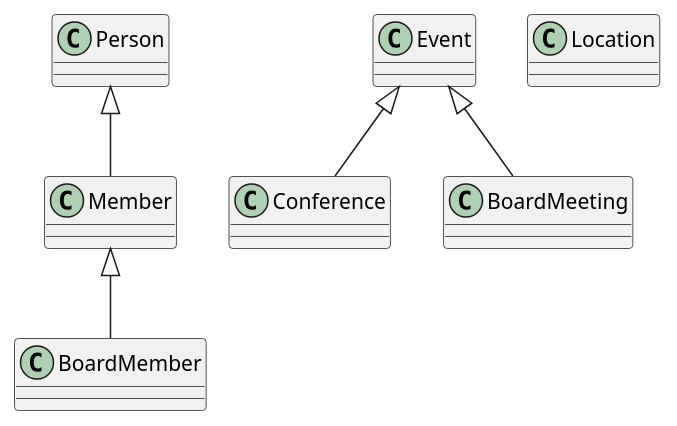
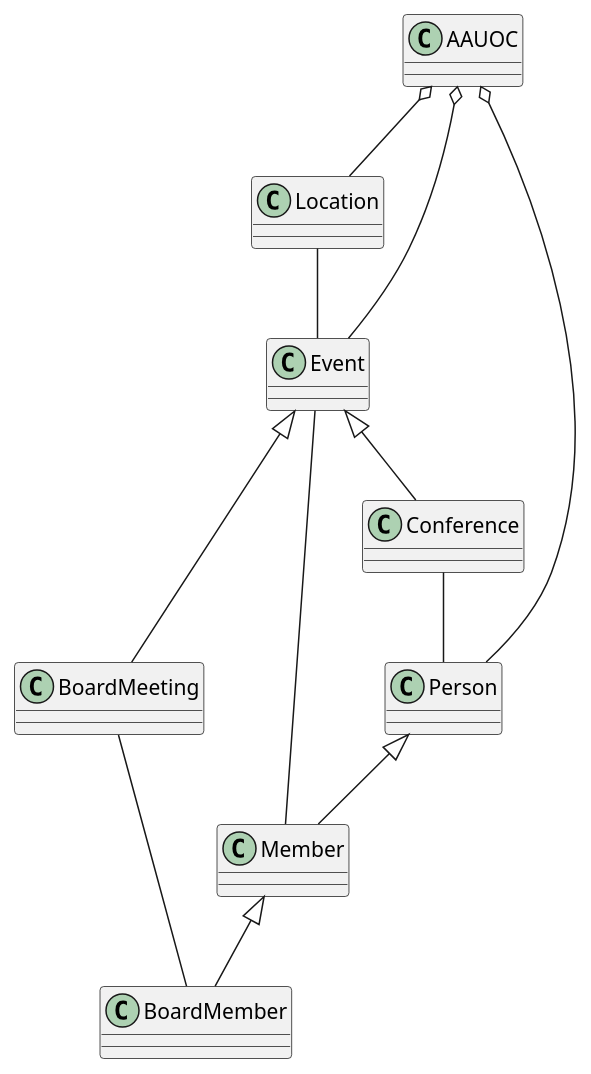
One commit to kande0/UMLClasesCarlosBlascoEspada changed the diagram in src/Práctica_CarlosBlascoEspada.puml. Above: the diagram before and after it, drawn with PlantUML. The commit also changed 3 other files, not shown here.

```diff
--- a/src/Práctica_CarlosBlascoEspada.puml
+++ b/src/Práctica_CarlosBlascoEspada.puml
@@ -1,29 +1,41 @@
 @startuml
 class Member{
 }
 
 class BoardMember {
 }
 
 class Event {
 }
 
 class Conference {
 }
 
 class BoardMeeting {
 }
 
 class Location {
 }
 
 class Person {
 }
 
+class AAUOC {
+}
+
 Event <|-- Conference
 Event <|-- BoardMeeting
 
 Person <|-- Member
 Member <|-- BoardMember
 
+AAUOC o-- Event
+AAUOC o-- Person
+AAUOC o-- Location
+
+Location -- Event
+Event -- Member
+BoardMeeting -- BoardMember
+Conference -- Person
+
 @enduml
```
